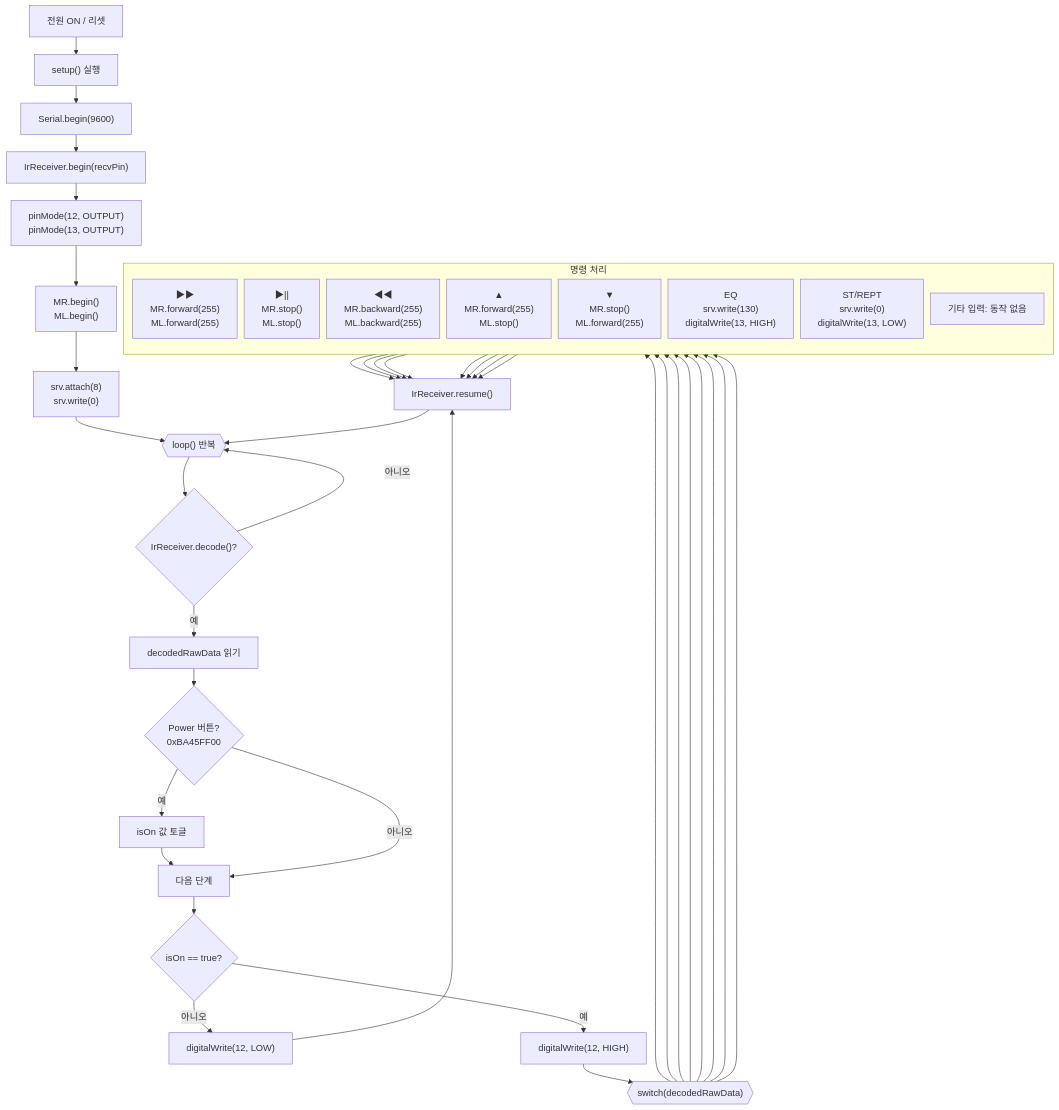
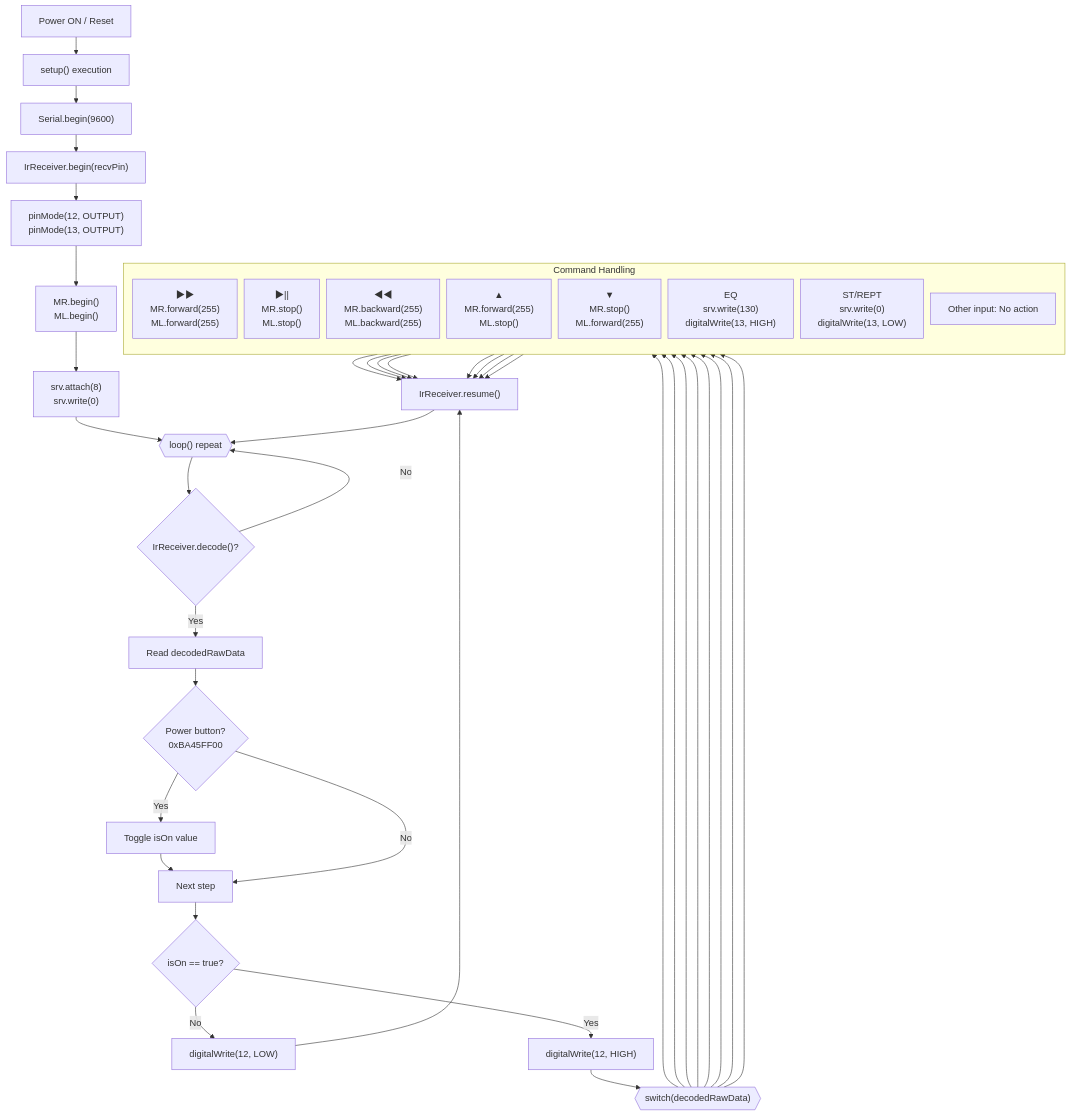
One commit to meozigoon/2025_SWAI_Global_Research changed the diagram in flowchart.md. Above: the diagram before and after it, drawn with Mermaid. The commit also changed 1 other file, not shown here.

Commit message:
flowchart text changed in English

````diff
--- a/flowchart.md
+++ b/flowchart.md
@@ -1,69 +1,69 @@
 ```mermaid
 %%{init: { "flowchart": { "rankDir": "TB", "nodeSpacing": 12, "rankSpacing": 30 } }}%%
 flowchart TB
-    %% ---------- 기본 노드 ----------
-    Start["전원 ON / 리셋"]
-    Setup["setup() 실행"]
+    %% ---------- Basic Nodes ----------
+    Start["Power ON / Reset"]
+    Setup["setup() execution"]
     A1["Serial.begin(9600)"]
     A2["IrReceiver.begin(recvPin)"]
     A3["pinMode(12, OUTPUT)<br/>pinMode(13, OUTPUT)"]
     A4["MR.begin()<br/>ML.begin()"]
     A5["srv.attach(8)<br/>srv.write(0)"]
-    Loop{{"loop() 반복"}}
+    Loop{{"loop() repeat"}}
     CheckIR{"IrReceiver.decode()?"}
-    ReadIR["decodedRawData 읽기"]
-    TogglePower{"Power 버튼?<br/>0xBA45FF00"}
-    TP["isOn 값 토글"]
-    AfterPower["다음 단계"]
+    ReadIR["Read decodedRawData"]
+    TogglePower{"Power button?<br/>0xBA45FF00"}
+    TP["Toggle isOn value"]
+    AfterPower["Next step"]
     IsOn{"isOn == true?"}
     LEDoff["digitalWrite(12, LOW)"]
     LEDon["digitalWrite(12, HIGH)"]
     Switch{{"switch(decodedRawData)"}}
     Resume["IrReceiver.resume()"]
 
-    %% ---------- 명령 처리 ----------
-    subgraph Commands["명령 처리"]
+    %% ---------- Command Handling ----------
+    subgraph Commands["Command Handling"]
         direction TB
         Case1["▶▶<br/>MR.forward(255)<br/>ML.forward(255)"]
         Case2["▶||<br/>MR.stop()<br/>ML.stop()"]
         Case3["◀◀<br/>MR.backward(255)<br/>ML.backward(255)"]
         Case4["▲<br/>MR.forward(255)<br/>ML.stop()"]
         Case5["▼<br/>MR.stop()<br/>ML.forward(255)"]
         Case6["EQ<br/>srv.write(130)<br/>digitalWrite(13, HIGH)"]
         Case7["ST/REPT<br/>srv.write(0)<br/>digitalWrite(13, LOW)"]
-        Default["기타 입력: 동작 없음"]
+        Default["Other input: No action"]
     end
 
-    %% ---------- 메인 흐름 ----------
+    %% ---------- Main Flow ----------
     Start --> Setup --> A1 --> A2 --> A3 --> A4 --> A5 --> Loop
     Loop --> CheckIR
-    CheckIR -- 아니오 --> Loop
-    CheckIR -- 예 --> ReadIR --> TogglePower
-    TogglePower -- 예 --> TP --> AfterPower
-    TogglePower -- 아니오 --> AfterPower
+    CheckIR -- No --> Loop
+    CheckIR -- Yes --> ReadIR --> TogglePower
+    TogglePower -- Yes --> TP --> AfterPower
+    TogglePower -- No --> AfterPower
     AfterPower --> IsOn
-    IsOn -- 아니오 --> LEDoff --> Resume
-    IsOn -- 예 --> LEDon --> Switch
+    IsOn -- No --> LEDoff --> Resume
+    IsOn -- Yes --> LEDon --> Switch
 
-    %% Switch 분기
+    %% Switch Branches
     Switch --> Case1
     Switch --> Case2
     Switch --> Case3
     Switch --> Case4
     Switch --> Case5
     Switch --> Case6
     Switch --> Case7
     Switch --> Default
 
-    %% 케이스 종료 → Resume → Loop
+    %% Case End → Resume → Loop
     Case1 --> Resume
     Case2 --> Resume
     Case3 --> Resume
     Case4 --> Resume
     Case5 --> Resume
     Case6 --> Resume
     Case7 --> Resume
     Default --> Resume
 
     Resume --> Loop
 ```
````
